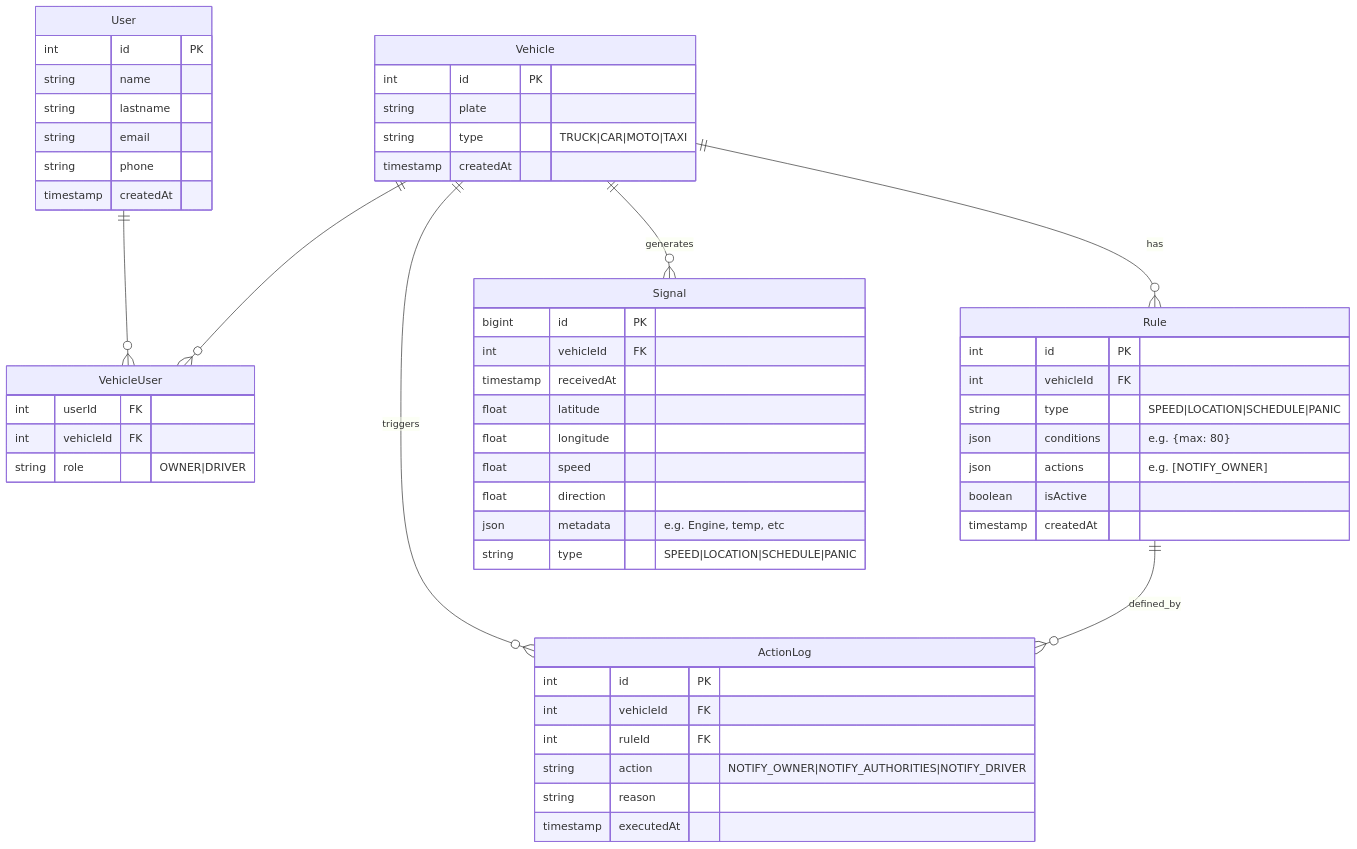
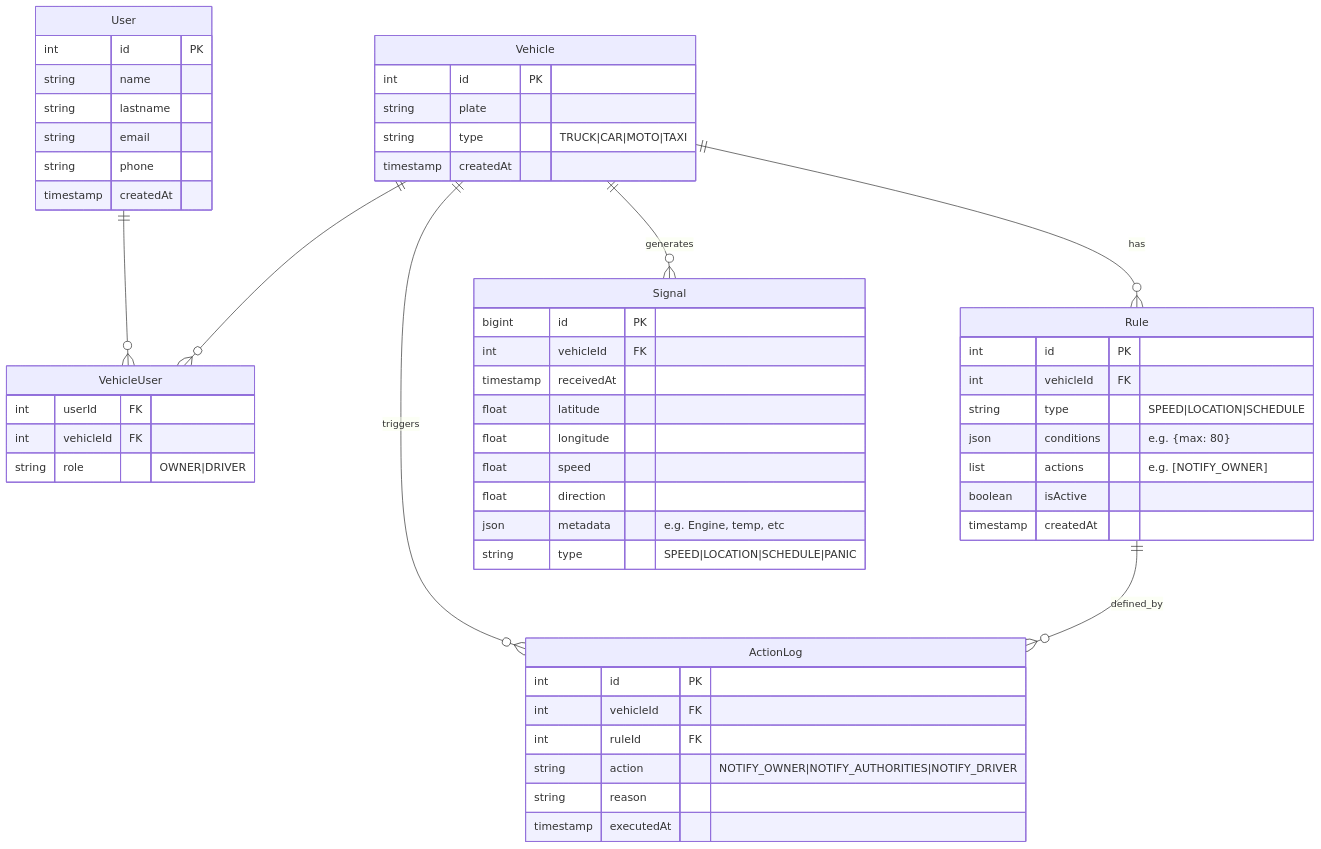
The fourth of 4 diagrams in README.md (JuanPlazas/reto-arquitectura-backend), drawn with Mermaid before and after one commit. The commit also changed other lines of this file and 6 other files, not shown here.

````diff
--- a/README.md
+++ b/README.md
@@ -277,61 +277,61 @@
 ```mermaid
 erDiagram
     User {
         int id PK
         string name
         string lastname
         string email
         string phone
         timestamp createdAt
     }
 
     User ||--o{ VehicleUser : " "
     Vehicle ||--o{ VehicleUser : " "
     VehicleUser {
         int userId FK
         int vehicleId FK
         string role "OWNER|DRIVER"
     }
 
     Vehicle ||--o{ Rule : has
     Vehicle ||--o{ Signal : generates
     Vehicle ||--o{ ActionLog : triggers
     Vehicle {
         int id PK
         string plate
         string type "TRUCK|CAR|MOTO|TAXI"
         timestamp createdAt
     }
 
     Rule ||--o{ ActionLog : defined_by
     Rule {
         int id PK
         int vehicleId FK
-        string type "SPEED|LOCATION|SCHEDULE|PANIC"
+        string type "SPEED|LOCATION|SCHEDULE"
         json conditions "e.g. {max: 80}"
-        json actions "e.g. [NOTIFY_OWNER]"
+        list actions "e.g. [NOTIFY_OWNER]"
         boolean isActive
         timestamp createdAt
     }
 
     Signal {
         bigint id PK
         int vehicleId FK
         timestamp receivedAt
         float latitude
         float longitude
         float speed
         float direction
         json metadata "e.g. Engine, temp, etc"
         string type "SPEED|LOCATION|SCHEDULE|PANIC"
     }
 
     ActionLog {
         int id PK
         int vehicleId FK
         int ruleId FK
         string action "NOTIFY_OWNER|NOTIFY_AUTHORITIES|NOTIFY_DRIVER"
         string reason
         timestamp executedAt
     }
 ```
````
